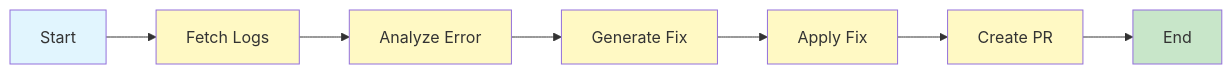
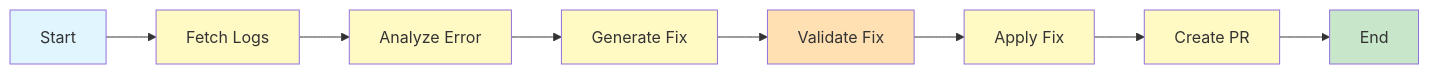
The diagram in Readme.md (JAI0705/DevOps_Pipeline_healer_agent), drawn with Mermaid before and after one commit. The commit also changed other lines of this file, not shown here.

````diff
--- a/Readme.md
+++ b/Readme.md
@@ -114,17 +246,19 @@
 ```mermaid
 graph LR
     A[Start] --> B[Fetch Logs]
     B --> C[Analyze Error]
     C --> D[Generate Fix]
-    D --> E[Apply Fix]
-    E --> F[Create PR]
-    F --> G[End]
+    D --> E[Validate Fix]
+    E --> F[Apply Fix]
+    F --> G[Create PR]
+    G --> H[End]
 
     style A fill:#e1f5fe
-    style G fill:#c8e6c9
+    style H fill:#c8e6c9
     style B fill:#fff9c4
     style C fill:#fff9c4
     style D fill:#fff9c4
-    style E fill:#fff9c4
+    style E fill:#ffe0b2
     style F fill:#fff9c4
+    style G fill:#fff9c4
 ```
````
